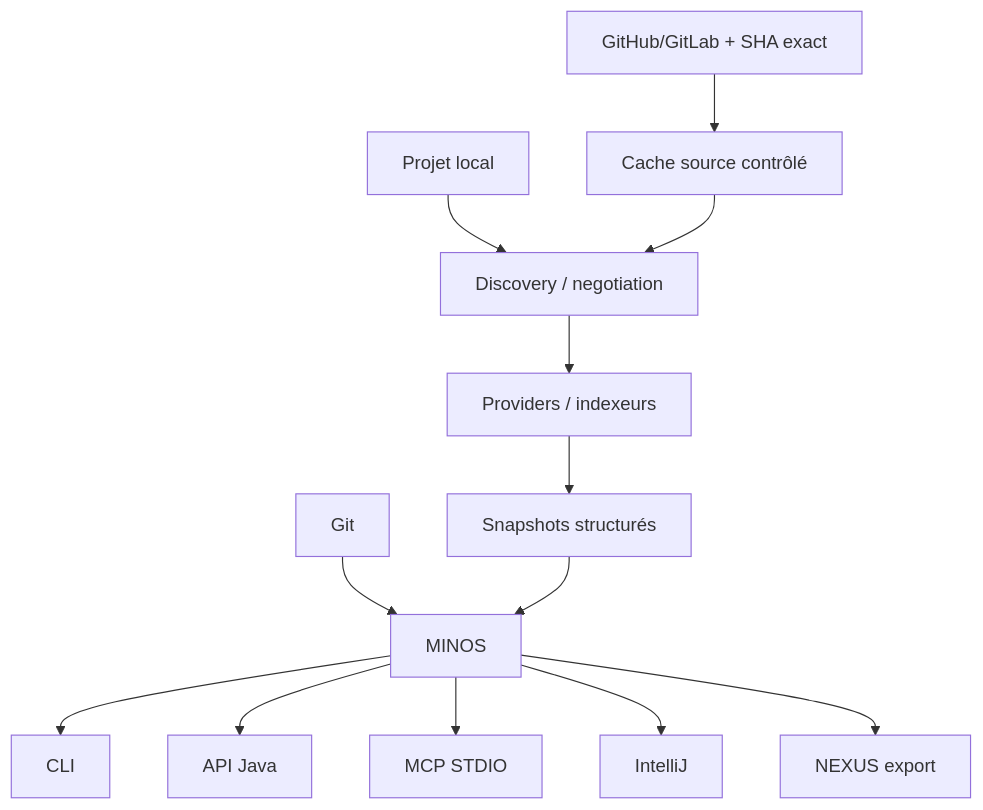
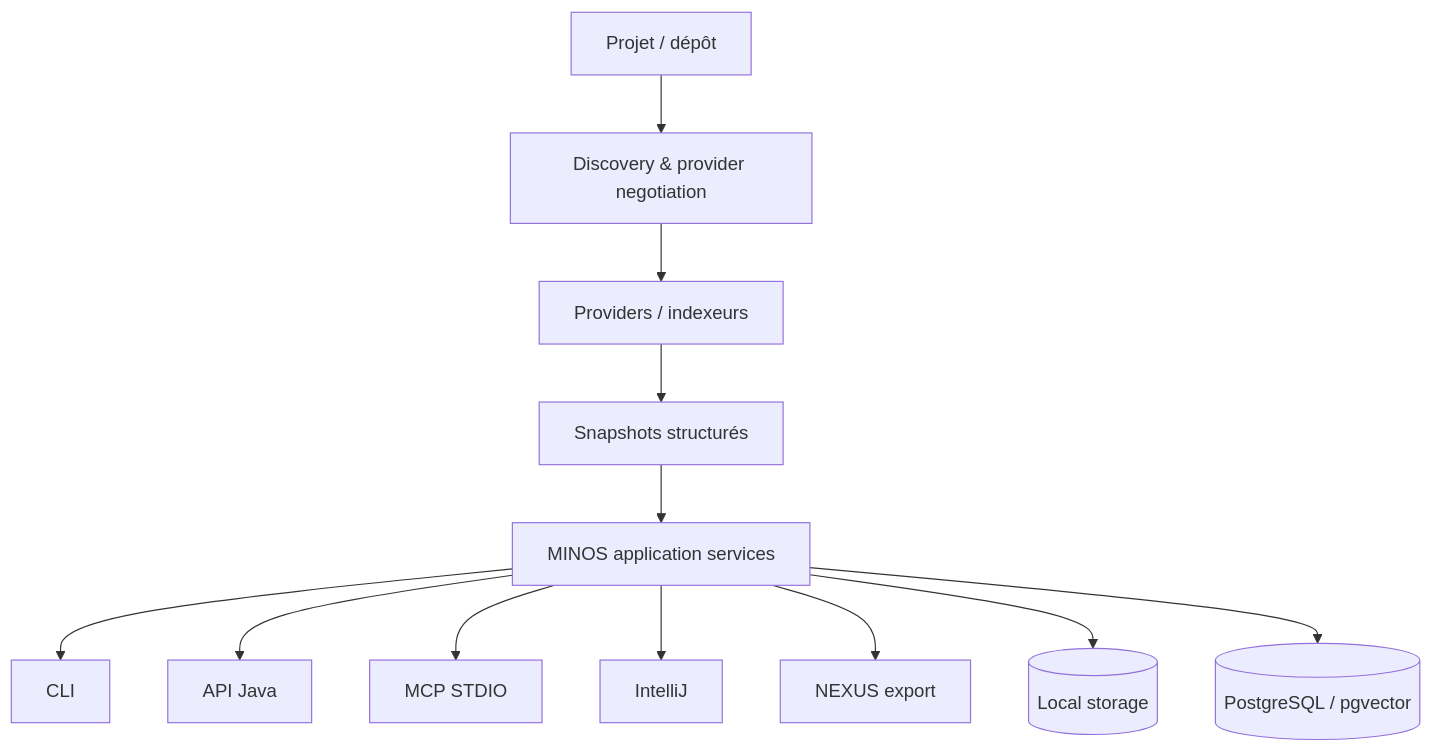
Before and after one commit to FTurleque/minos-code-intelligence: the diagram in README.md, drawn with Mermaid. The commit also changed other lines of this file and 18 other files, not shown here.

````diff
--- a/README.md
+++ b/README.md
@@ -42,15 +44,14 @@
 ```mermaid
 flowchart TB
-    SRC[Projet local] --> DISC[Discovery / negotiation]
-    REMOTE[GitHub/GitLab + SHA exact] --> CACHE[Cache source contrôlé]
-    CACHE --> DISC
+    SRC[Projet / dépôt] --> DISC[Discovery & provider negotiation]
     DISC --> IDX[Providers / indexeurs]
     IDX --> SNAP[Snapshots structurés]
-    GIT[Git] --> MINOS[MINOS]
-    SNAP --> MINOS
-    MINOS --> CLI[CLI]
-    MINOS --> API[API Java]
-    MINOS --> MCP[MCP STDIO]
-    MINOS --> IDE[IntelliJ]
-    MINOS --> NEXUS[NEXUS export]
+    SNAP --> APP[MINOS application services]
+    APP --> CLI[CLI]
+    APP --> API[API Java]
+    APP --> MCP[MCP STDIO]
+    APP --> IDE[IntelliJ]
+    APP --> NEXUS[NEXUS export]
+    APP --> LOCAL[(Local storage)]
+    APP --> PG[(PostgreSQL / pgvector)]
 ```
````
